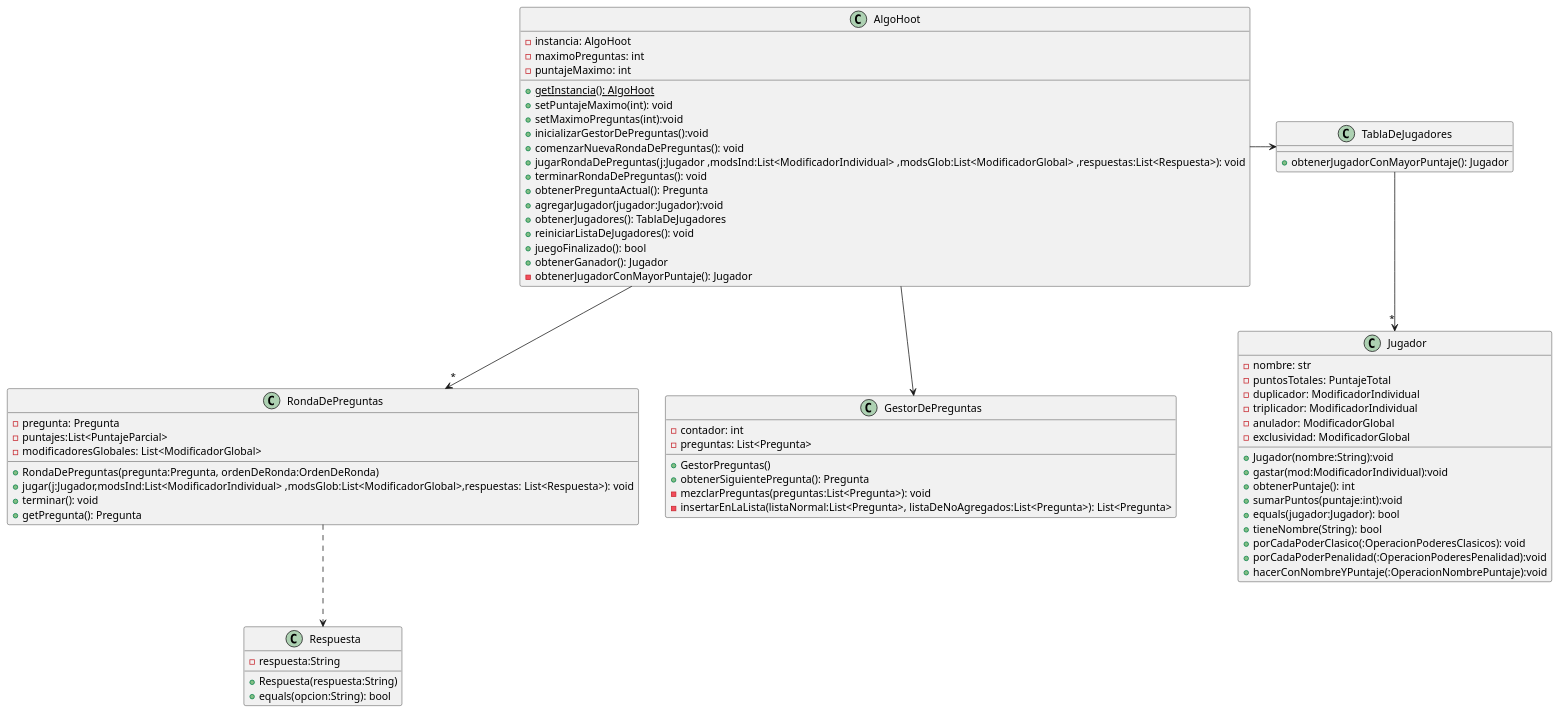
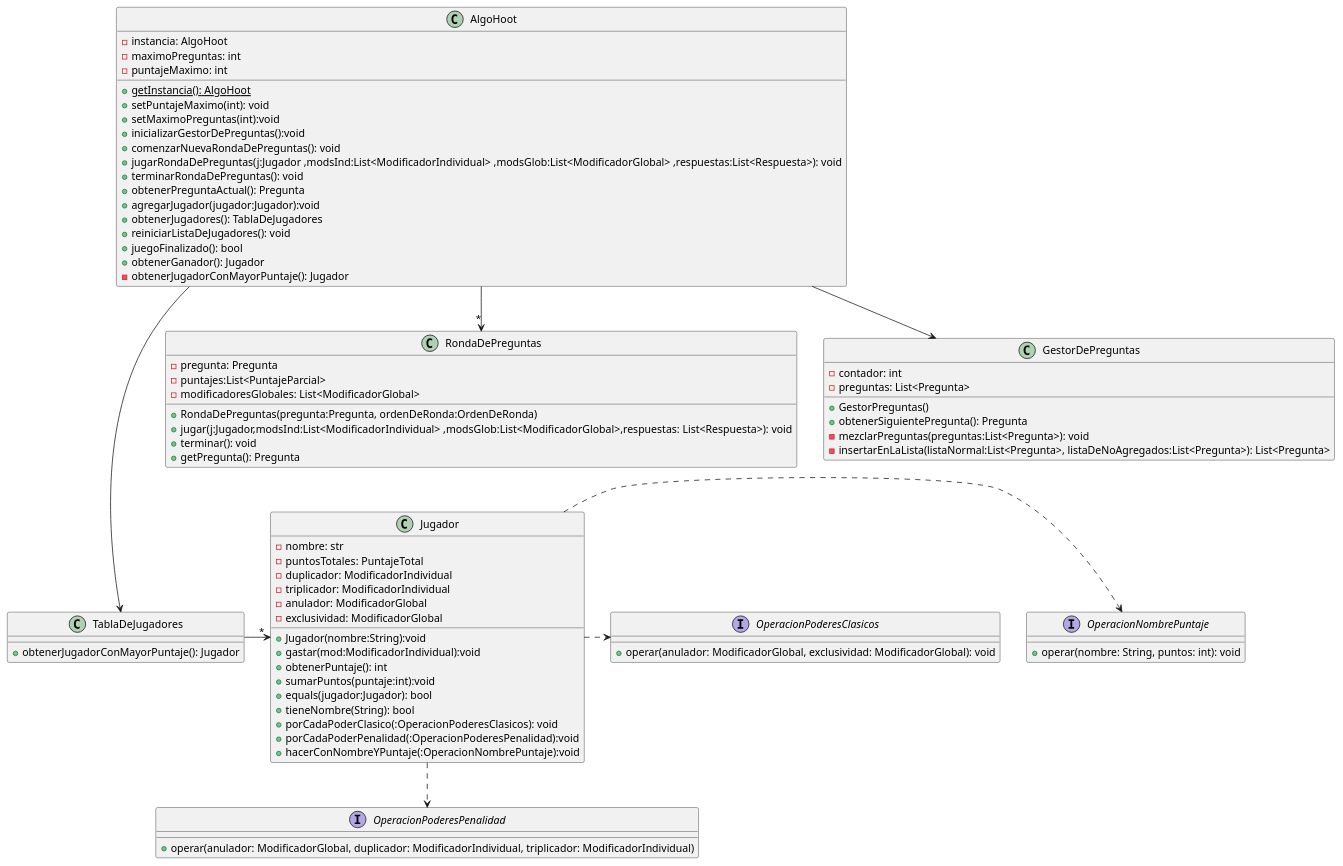
The diagram in diagrams/classes/entregaFinal/AlgoHoot.puml (ValentinMarturet/ALGO3-TP2), drawn with PlantUML before and after one commit. The commit also changed 2 other files, not shown here.

Commit message:
Diagramas de clases y paquetes para la entrega final actualizados

```diff
--- a/diagrams/classes/entregaFinal/AlgoHoot.puml
+++ b/diagrams/classes/entregaFinal/AlgoHoot.puml
@@ -1,81 +1,88 @@
 @startuml
 'https://plantuml.com/class-diagram
 
 class AlgoHoot {
     - instancia: AlgoHoot
     - maximoPreguntas: int
     - puntajeMaximo: int
     + {static}getInstancia(): AlgoHoot
     + setPuntajeMaximo(int): void
     + setMaximoPreguntas(int):void
     + inicializarGestorDePreguntas():void
     + comenzarNuevaRondaDePreguntas(): void
     + jugarRondaDePreguntas(j:Jugador ,modsInd:List<ModificadorIndividual> ,modsGlob:List<ModificadorGlobal> ,respuestas:List<Respuesta>): void
     + terminarRondaDePreguntas(): void
     + obtenerPreguntaActual(): Pregunta
     + agregarJugador(jugador:Jugador):void
     + obtenerJugadores(): TablaDeJugadores
     + reiniciarListaDeJugadores(): void
     + juegoFinalizado(): bool
     + obtenerGanador(): Jugador
     - obtenerJugadorConMayorPuntaje(): Jugador
 }
 
 class RondaDePreguntas {
     - pregunta: Pregunta
     - puntajes:List<PuntajeParcial>
     - modificadoresGlobales: List<ModificadorGlobal>
     + RondaDePreguntas(pregunta:Pregunta, ordenDeRonda:OrdenDeRonda)
     + jugar(j:Jugador,modsInd:List<ModificadorIndividual> ,modsGlob:List<ModificadorGlobal>,respuestas: List<Respuesta>): void
     + terminar(): void
     + getPregunta(): Pregunta
 }
 
 class GestorDePreguntas {
     - contador: int
     - preguntas: List<Pregunta>
     + GestorPreguntas()
     + obtenerSiguientePregunta(): Pregunta
     - mezclarPreguntas(preguntas:List<Pregunta>): void
     - insertarEnLaLista(listaNormal:List<Pregunta>, listaDeNoAgregados:List<Pregunta>): List<Pregunta>
 }
 
 class Jugador {
     - nombre: str
     - puntosTotales: PuntajeTotal
     - duplicador: ModificadorIndividual
     - triplicador: ModificadorIndividual
     - anulador: ModificadorGlobal
     - exclusividad: ModificadorGlobal
     + Jugador(nombre:String):void
     + gastar(mod:ModificadorIndividual):void
     + obtenerPuntaje(): int
     + sumarPuntos(puntaje:int):void
     + equals(jugador:Jugador): bool
     + tieneNombre(String): bool
     + porCadaPoderClasico(:OperacionPoderesClasicos): void
     + porCadaPoderPenalidad(:OperacionPoderesPenalidad):void
     + hacerConNombreYPuntaje(:OperacionNombrePuntaje):void
 }
 
-class Respuesta {
-    - respuesta:String
-    + Respuesta(respuesta:String)
-    + equals(opcion:String): bool
-}
+
 
 class TablaDeJugadores {
     + obtenerJugadorConMayorPuntaje(): Jugador
 }
 
+interface OperacionPoderesClasicos {
+    + operar(anulador: ModificadorGlobal, exclusividad: ModificadorGlobal): void
+}
+interface OperacionNombrePuntaje {
+    + operar(nombre: String, puntos: int): void
+}
+interface OperacionPoderesPenalidad {
+    + operar(anulador: ModificadorGlobal, duplicador: ModificadorIndividual, triplicador: ModificadorIndividual)
+}
+
 
 AlgoHoot --> "*" RondaDePreguntas
 AlgoHoot --> GestorDePreguntas
-AlgoHoot -right-> TablaDeJugadores
+AlgoHoot ---> TablaDeJugadores
 
-TablaDeJugadores --> "*" Jugador
+TablaDeJugadores -right-> "*" Jugador
 
-RondaDePreguntas ..> Respuesta
-
+Jugador .> OperacionNombrePuntaje
+Jugador .> OperacionPoderesClasicos
+Jugador ..> OperacionPoderesPenalidad
 
 @enduml
```
